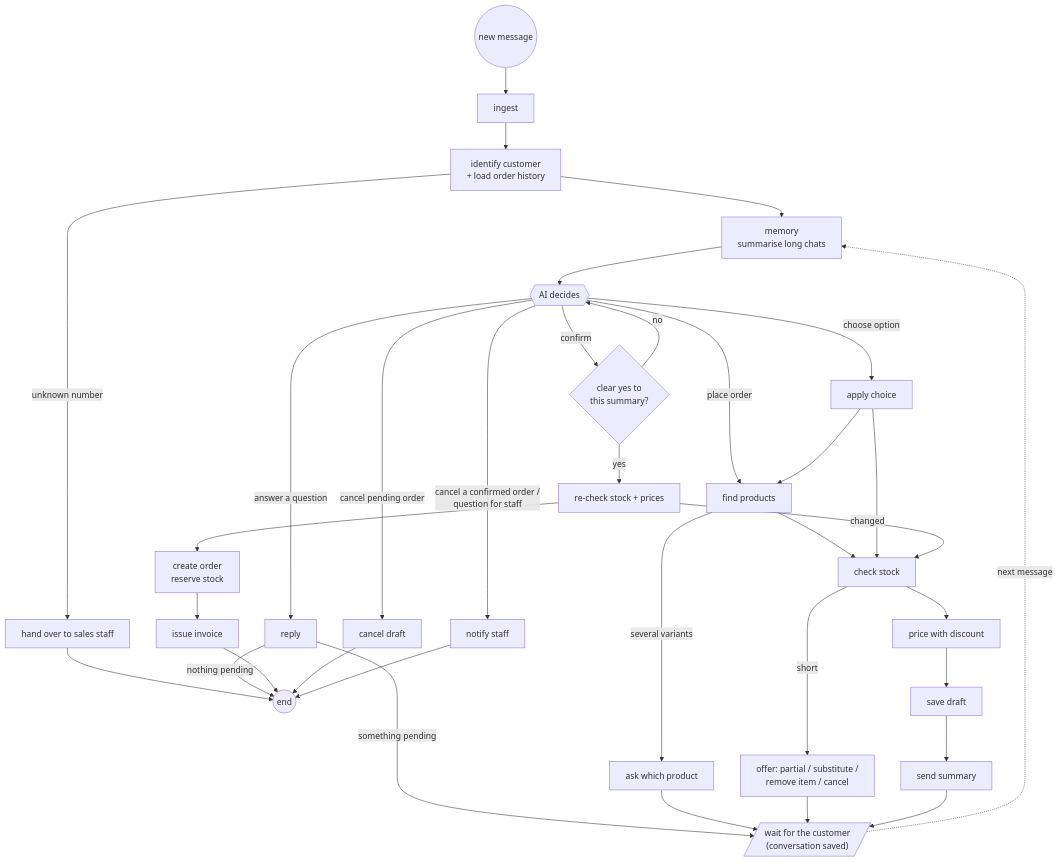
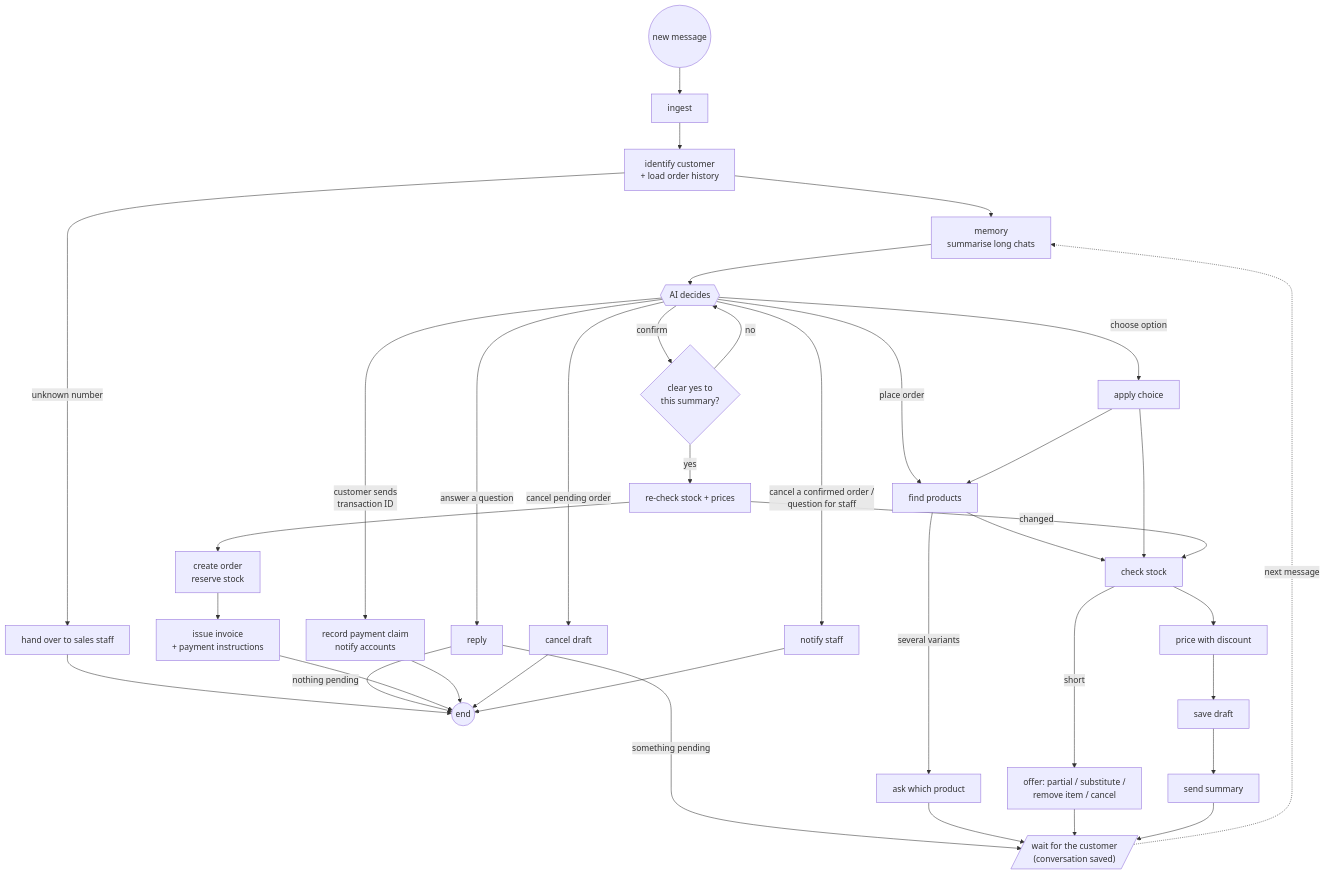
The second of 11 diagrams in README.md (Nazir-Ahmed72/bizflow-ai), drawn with Mermaid before and after one commit. The commit also changed other lines of this file and 18 other files, not shown here.

````diff
--- a/README.md
+++ b/README.md
@@ -129,33 +150,35 @@
 ```mermaid
 flowchart TD
     start((new message)) --> ingest
     ingest --> identify[identify customer<br/>+ load order history]
     identify -- unknown number --> handoff[hand over to sales staff] --> done((end))
     identify --> memory[memory<br/>summarise long chats]
     memory --> agent{{"AI decides"}}
 
     agent -- "answer a question" --> reply[reply]
     reply -- nothing pending --> done
     reply -- something pending --> wait
 
     agent -- place order --> resolve[find products]
     resolve -- several variants --> askP[ask which product] --> wait
     resolve --> stock[check stock]
     stock -- short --> askS["offer: partial / substitute /<br/>remove item / cancel"] --> wait
     stock --> price[price with discount] --> draft[save draft] --> summary[send summary] --> wait
 
     agent -- choose option --> apply[apply choice]
     apply --> resolve
     apply --> stock
 
     agent -- confirm --> check{"clear yes to<br/>this summary?"}
     check -- no --> agent
     check -- yes --> reval[re-check stock + prices]
     reval -- changed --> stock
-    reval --> confirm[create order<br/>reserve stock] --> invoice[issue invoice] --> done
+    reval --> confirm[create order<br/>reserve stock] --> invoice["issue invoice<br/>+ payment instructions"] --> done
+
+    agent -- "customer sends<br/>transaction ID" --> pay["record payment claim<br/>notify accounts"] --> done
 
     agent -- cancel pending order --> cancel[cancel draft] --> done
     agent -- "cancel a confirmed order /<br/>question for staff" --> human[notify staff] --> done
 
     wait[/"wait for the customer<br/>(conversation saved)"/] -. next message .-> memory
 ```
````
